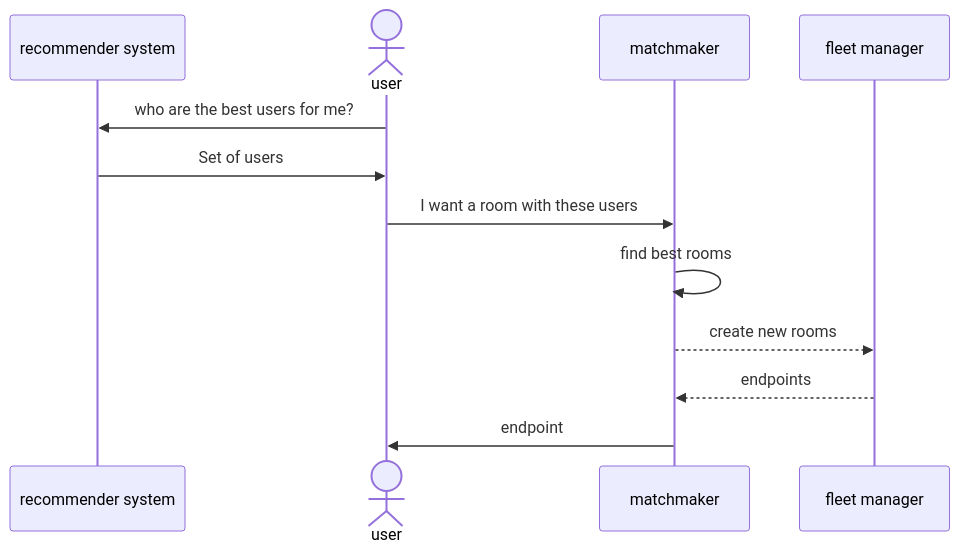
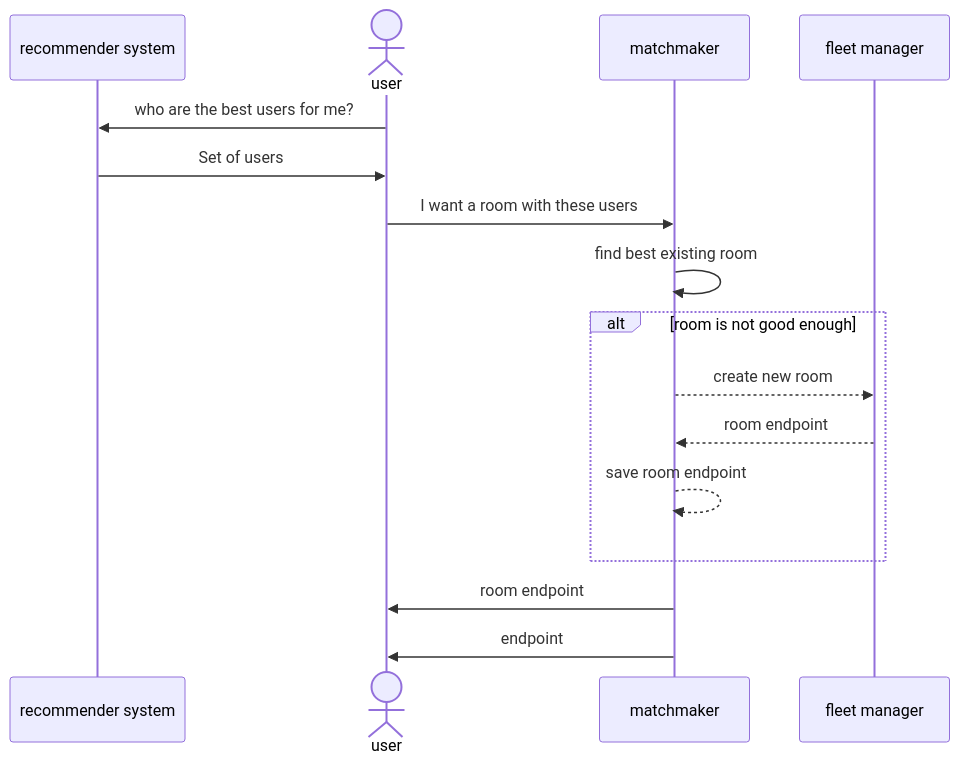
Before and after one commit to AdrKacz/super-duper-guacamole: the first of 5 diagrams in README.md, drawn with Mermaid. The commit also changed other lines of this file, not shown here.

Commit message:
Update README diagrams

````diff
--- a/README.md
+++ b/README.md
@@ -23,14 +23,18 @@
 ```mermaid
 sequenceDiagram
-    participant RS as recommender system
+    participant r as recommender system
     actor u as user
-    participant MM as matchmaker
-    participant FM as fleet manager
-    u ->> RS: who are the best users for me?
-    RS ->> u: Set of users
-    u ->> MM: I want a room with these users
-    MM ->> MM: find best rooms
-    MM -->> FM : create new rooms
-    FM -->> MM : endpoints
-    MM ->> u : endpoint
+    participant m as matchmaker
+    participant f as fleet manager
+    u ->> r: who are the best users for me?
+    r ->> u: Set of users
+    u ->> m: I want a room with these users
+    m ->> m: find best existing room
+    alt room is not good enough
+      m -->> f : create new room
+      f -->> m : room endpoint
+      m -->> m : save room endpoint
+    end
+    m ->> u: room endpoint
+    m ->> u : endpoint
 ```
````
